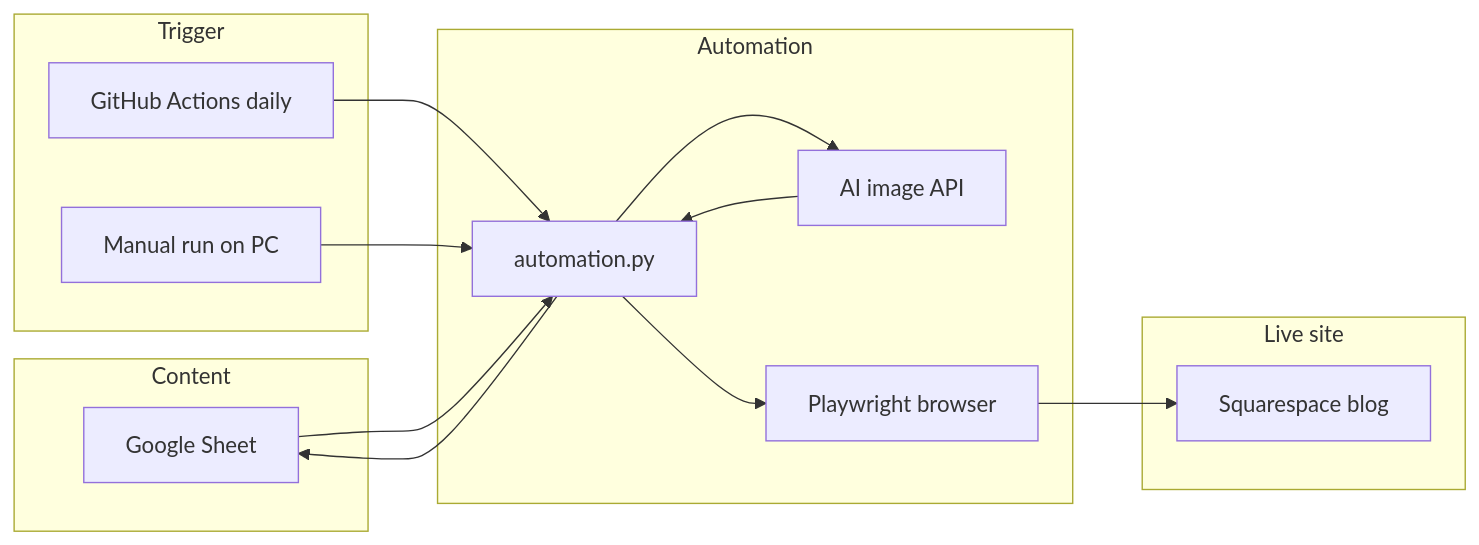
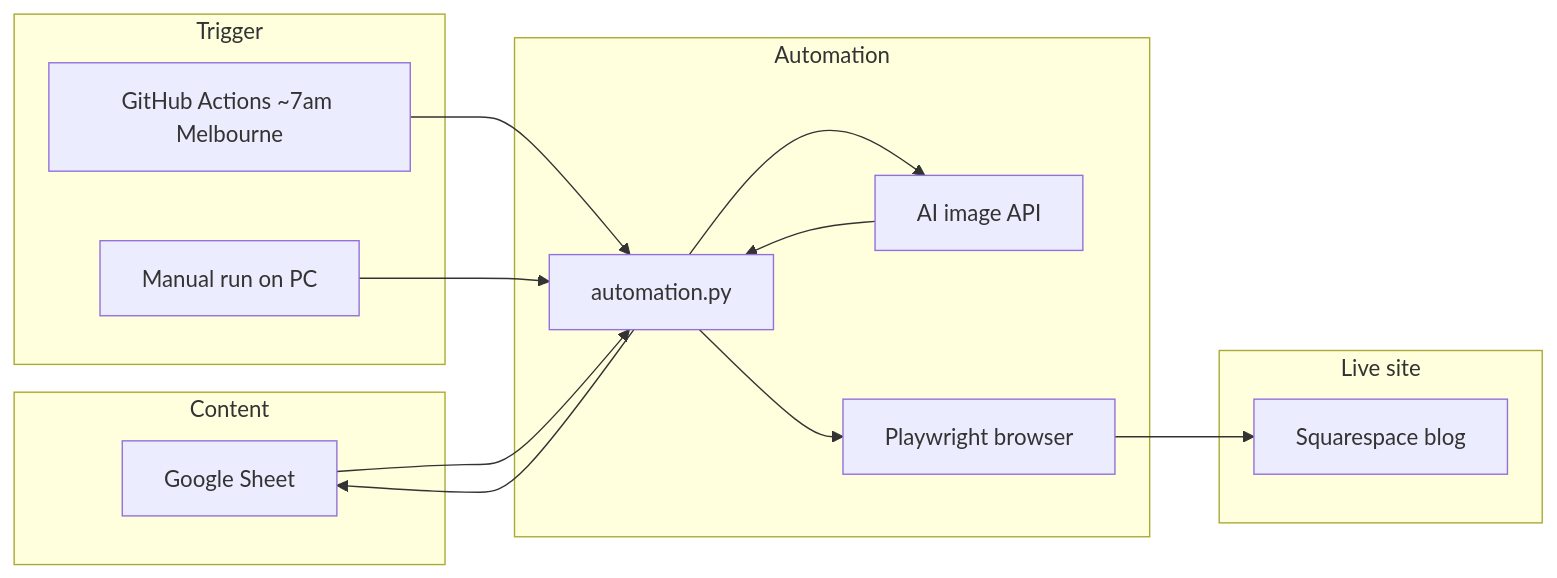
One commit to working078/squarespace_automation changed the diagram in README.md. Above: the diagram before and after it, drawn with Mermaid. The commit also changed other lines of this file and 12 other files, not shown here.

````diff
--- a/README.md
+++ b/README.md
@@ -65,26 +64,26 @@
 ```mermaid
 flowchart LR
   subgraph input [Content]
     Sheet[Google Sheet]
   end
   subgraph engine [Automation]
     Script[automation.py]
     Img[AI image API]
     Browser[Playwright browser]
   end
   subgraph output [Live site]
     SQ[Squarespace blog]
   end
   subgraph trigger [Trigger]
-    GH[GitHub Actions daily]
+    GH[GitHub Actions ~7am Melbourne]
     Local[Manual run on PC]
   end
   GH --> Script
   Local --> Script
   Sheet --> Script
   Script --> Img
   Img --> Script
   Script --> Browser
   Browser --> SQ
   Script --> Sheet
 ```
````
